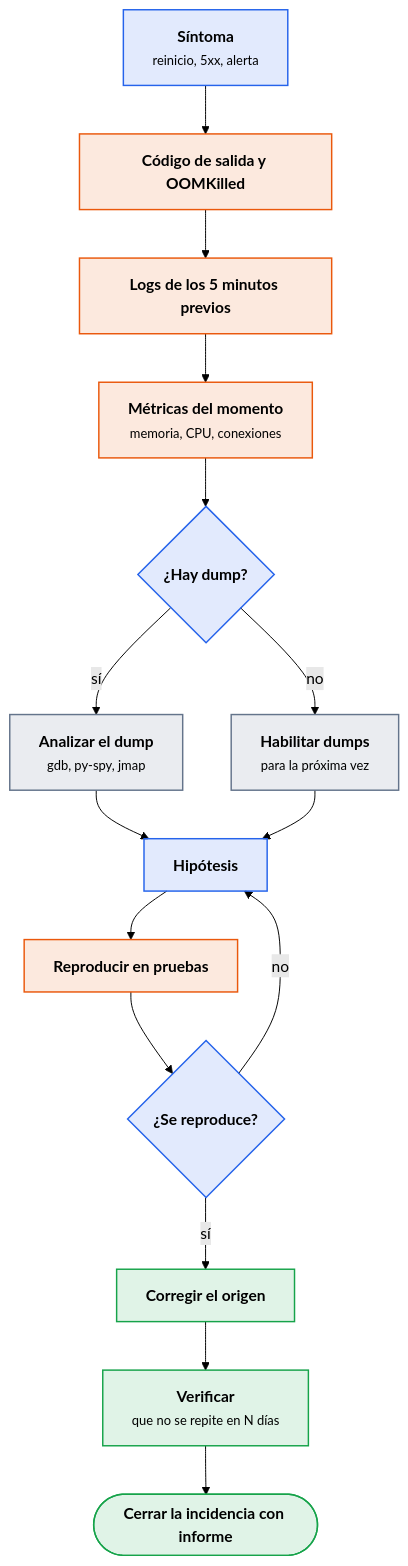
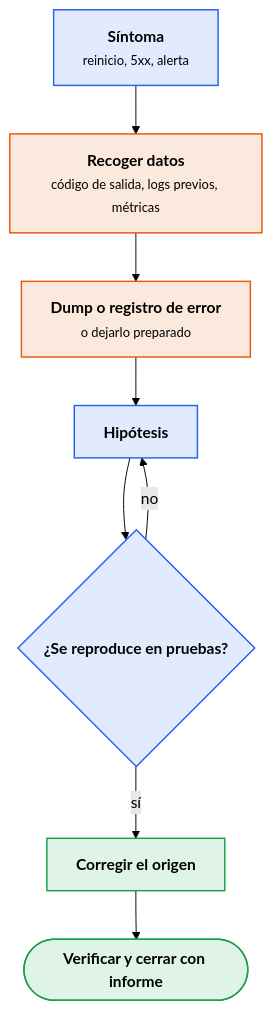
Before and after one commit to victor-educ/apuntes-5169: the second of 2 diagrams in docs/ut/ut5-logs-accesos-rendimiento.md, drawn with Mermaid (forest theme). The commit also changed other lines of this file and 6 other files, not shown here.

````diff
--- a/docs/ut/ut5-logs-accesos-rendimiento.md
+++ b/docs/ut/ut5-logs-accesos-rendimiento.md
@@ -576,28 +575,16 @@
 ```mermaid
-flowchart TD
+flowchart TB
     A["<b>Síntoma</b><br><small>reinicio, 5xx, alerta</small>"]:::dato
-    B["<b>Código de salida y OOMKilled</b>"]:::act
-    C["<b>Logs de los 5 minutos previos</b>"]:::act
-    D["<b>Métricas del momento</b><br><small>memoria, CPU, conexiones</small>"]:::act
-    E{"<b>¿Hay dump?</b>"}:::dato
-    F["<b>Analizar el dump</b><br><small>gdb, py-spy, jmap</small>"]:::pieza
-    G["<b>Habilitar dumps</b><br><small>para la próxima vez</small>"]:::pieza
+    B["<b>Recoger datos</b><br><small>código de salida, logs previos, métricas</small>"]:::act
+    C["<b>Dump o registro de error</b><br><small>o dejarlo preparado</small>"]:::act
     H["<b>Hipótesis</b>"]:::dato
-    I["<b>Reproducir en pruebas</b>"]:::act
-    J{"<b>¿Se reproduce?</b>"}:::dato
+    I{"<b>¿Se reproduce en pruebas?</b>"}:::dato
     K["<b>Corregir el origen</b>"]:::ok
-    L["<b>Verificar</b><br><small>que no se repite en N días</small>"]:::ok
-    M(["<b>Cerrar la incidencia con informe</b>"]):::ok
-    A --> B --> C --> D --> E
-    E -- sí --> F --> H
-    E -- no --> G --> H
-    H --> I --> J
-    J -- no --> H
-    J -- sí --> K --> L --> M
+    L(["<b>Verificar y cerrar con informe</b>"]):::ok
+    A --> B --> C --> H --> I
+    I -- no --> H
+    I -- sí --> K --> L
     classDef act fill:#ea580c22,stroke:#ea580c,stroke-width:1.5px
-    classDef pieza fill:#64748b22,stroke:#64748b,stroke-width:1.5px
     classDef dato fill:#2563eb22,stroke:#2563eb,stroke-width:1.5px
-    classDef infra fill:#a1a1aa14,stroke:#a1a1aa,stroke-width:1.5px
     classDef ok fill:#16a34a22,stroke:#16a34a,stroke-width:1.5px
-    classDef riesgo fill:#dc262622,stroke:#dc2626,stroke-width:1.5px
 ```
````
